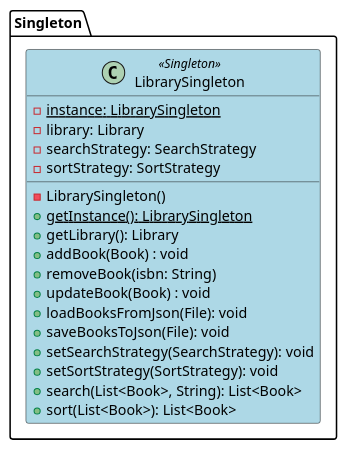
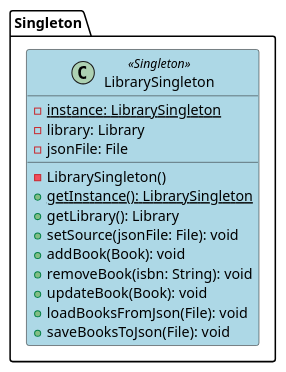
The diagram in src/UML/Component/SingletonComponentDiagram.puml (CaputoCristian/LibreriaPersonale), drawn with PlantUML before and after one commit. The commit also changed 16 other files, not shown here.

Commit message:
Eliminazione codice commentato, aggiornamento schemi UML

```diff
--- a/src/UML/Component/SingletonComponentDiagram.puml
+++ b/src/UML/Component/SingletonComponentDiagram.puml
@@ -1,29 +1,25 @@
 @startuml Singleton Component Diagram
 
 skinparam class {
     BackgroundColor<<Singleton>> LightBlue
     BackgroundColor<<Template>> LightGreen
 }
 
 package "Singleton" {
     class LibrarySingleton <<Singleton>> {
         - {static} instance: LibrarySingleton
         - library: Library
-        - searchStrategy: SearchStrategy
-        - sortStrategy: SortStrategy
+        - jsonFile: File
         - LibrarySingleton()
         + {static} getInstance(): LibrarySingleton
         + getLibrary(): Library
-        + addBook(Book) : void
-        + removeBook(isbn: String)
-        + updateBook(Book) : void
+        + setSource(jsonFile: File): void
+        + addBook(Book): void
+        + removeBook(isbn: String): void
+        + updateBook(Book): void
         + loadBooksFromJson(File): void
         + saveBooksToJson(File): void
-        + setSearchStrategy(SearchStrategy): void
-        + setSortStrategy(SortStrategy): void
-        + search(List<Book>, String): List<Book>
-        + sort(List<Book>): List<Book>
     }
 }
 
 @enduml
```
